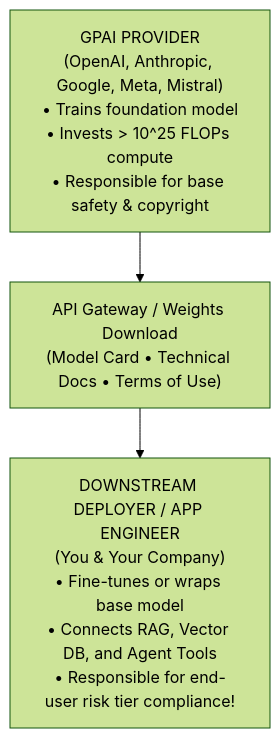
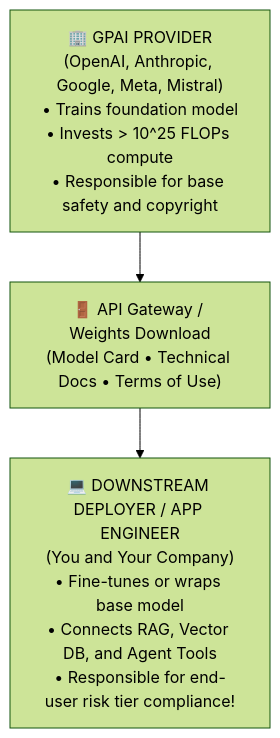
The fifth of 12 diagrams in resources/ai-governance-and-compliance-guide.md (dip4k/senior-engineer-to-ai-engineer-roadmap), drawn with Mermaid (forest theme) before and after one commit. The commit also changed other lines of this file and 94 other files, not shown here.

Commit message:
refactor(curriculum): complete Phase 04 upgrade and enforce diagram renderer invariants

````diff
--- a/resources/ai-governance-and-compliance-guide.md
+++ b/resources/ai-governance-and-compliance-guide.md
@@ -238,10 +237,10 @@
 ```mermaid
 flowchart TD
-    Lab["GPAI PROVIDER\n(OpenAI, Anthropic, Google, Meta, Mistral)\n• Trains foundation model\n• Invests > 10^25 FLOPs compute\n• Responsible for base safety & copyright"]
+    Lab["🏢 GPAI PROVIDER\n(OpenAI, Anthropic, Google, Meta, Mistral)\n• Trains foundation model\n• Invests > 10^25 FLOPs compute\n• Responsible for base safety and copyright"]
     
-    API["API Gateway / Weights Download\n(Model Card • Technical Docs • Terms of Use)"]
+    API["🚪 API Gateway / Weights Download\n(Model Card • Technical Docs • Terms of Use)"]
     
-    Downstream["DOWNSTREAM DEPLOYER / APP ENGINEER\n(You & Your Company)\n• Fine-tunes or wraps base model\n• Connects RAG, Vector DB, and Agent Tools\n• Responsible for end-user risk tier compliance!"]
+    Downstream["💻 DOWNSTREAM DEPLOYER / APP ENGINEER\n(You and Your Company)\n• Fine-tunes or wraps base model\n• Connects RAG, Vector DB, and Agent Tools\n• Responsible for end-user risk tier compliance!"]
 
     Lab --> API --> Downstream
 ```
````
